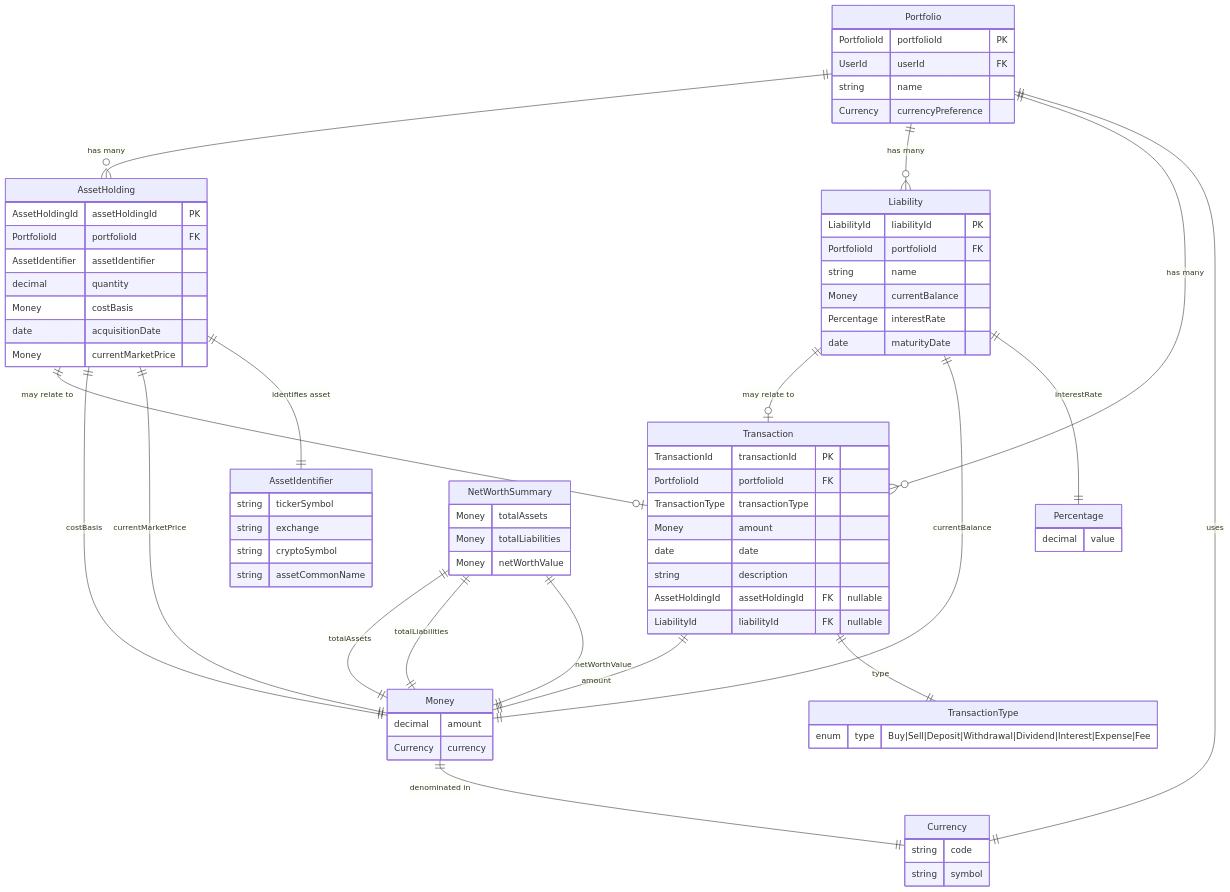
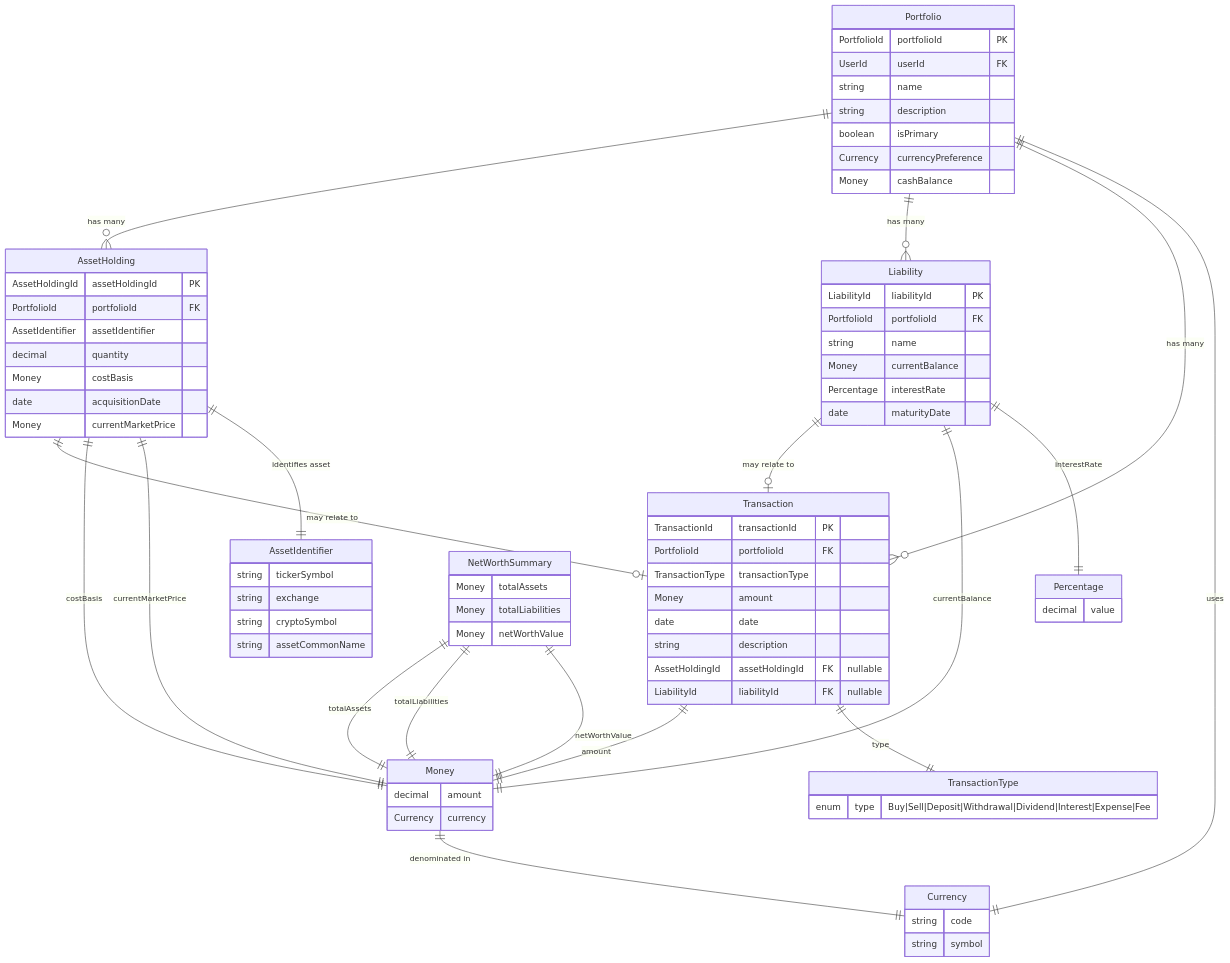
The diagram in documents/portfolio_domain_diagram.mermaid (D3rrickLa/FortuneLink), drawn with Mermaid before and after one commit. The commit also changed 18 other files, not shown here.

```diff
--- a/documents/portfolio_domain_diagram.mermaid
+++ b/documents/portfolio_domain_diagram.mermaid
@@ -1,97 +1,100 @@
 erDiagram
     %% Aggregate Root
     Portfolio {
         PortfolioId portfolioId PK
         UserId userId FK
         string name
+        string description
+        boolean isPrimary
         Currency currencyPreference
+        Money cashBalance
     }
     
     %% Core Entities
     AssetHolding {
         AssetHoldingId assetHoldingId PK
         PortfolioId portfolioId FK
         AssetIdentifier assetIdentifier
         decimal quantity
         Money costBasis
         date acquisitionDate
         Money currentMarketPrice
     }
     
     Liability {
         LiabilityId liabilityId PK
         PortfolioId portfolioId FK
         string name
         Money currentBalance
         Percentage interestRate
         date maturityDate
     }
     
     Transaction {
         TransactionId transactionId PK
         PortfolioId portfolioId FK
         TransactionType transactionType
         Money amount
         date date
         string description
         AssetHoldingId assetHoldingId FK "nullable"
         LiabilityId liabilityId FK "nullable"
     }
     
     %% Value Objects
     Money {
         decimal amount
         Currency currency
     }
     
     Percentage {
         decimal value
     }
     
     AssetIdentifier {
         string tickerSymbol
         string exchange
         string cryptoSymbol
         string assetCommonName
     }
     
     TransactionType {
         enum type "Buy|Sell|Deposit|Withdrawal|Dividend|Interest|Expense|Fee"
     }
     
     NetWorthSummary {
         Money totalAssets
         Money totalLiabilities
         Money netWorthValue
     }
     
     Currency {
         string code
         string symbol
     }
     
     %% Relationships
     Portfolio ||--o{ AssetHolding : "has many"
     Portfolio ||--o{ Liability : "has many"
     Portfolio ||--o{ Transaction : "has many"
     
     AssetHolding ||--o| Transaction : "may relate to"
     Liability ||--o| Transaction : "may relate to"
     
     %% Value Object Compositions
     Portfolio ||--|| Currency : "uses"
     AssetHolding ||--|| Money : "costBasis"
     AssetHolding ||--|| Money : "currentMarketPrice"
     AssetHolding ||--|| AssetIdentifier : "identifies asset"
     
     Liability ||--|| Money : "currentBalance"
     Liability ||--|| Percentage : "interestRate"
     
     Transaction ||--|| Money : "amount"
     Transaction ||--|| TransactionType : "type"
     
     NetWorthSummary ||--|| Money : "totalAssets"
     NetWorthSummary ||--|| Money : "totalLiabilities"
     NetWorthSummary ||--|| Money : "netWorthValue"
     
     Money ||--|| Currency : "denominated in"
```
